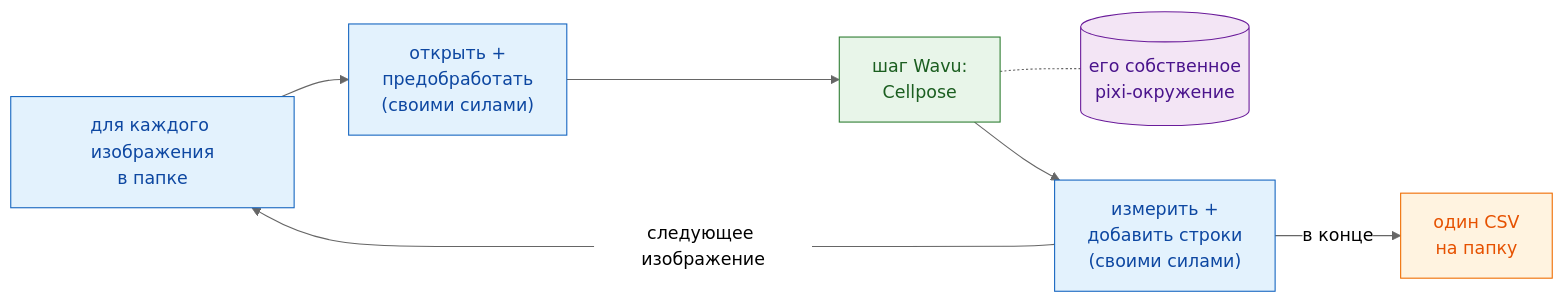
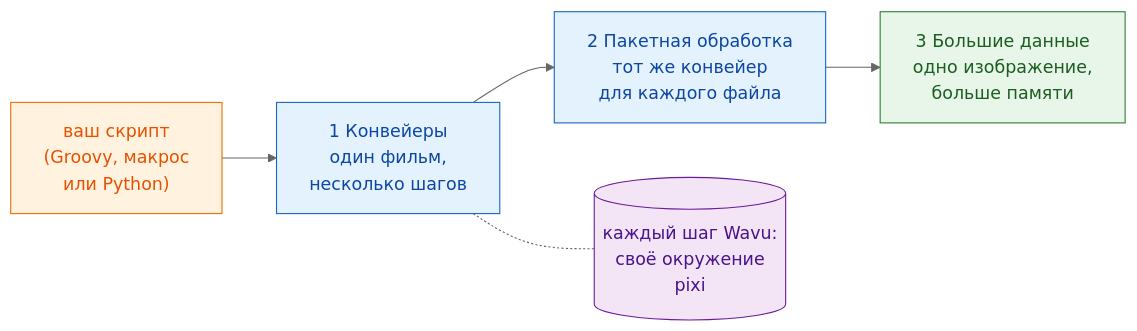
The diagram in guide/workflows/index.ru.md (Oxford-Zeiss-Centre-of-Excellence/Wavu), drawn with Mermaid (neutral theme) before and after one commit. The commit also changed other lines of this file and 104 other files, not shown here.

````diff
--- a/guide/workflows/index.ru.md
+++ b/guide/workflows/index.ru.md
@@ -30,18 +50,15 @@
 ```mermaid
 flowchart LR
-    L["для каждого изображения<br/>в папке"]:::fiji
-    O["открыть +<br/>предобработать<br/>(своими силами)"]:::fiji
-    W["шаг Wavu:<br/>Cellpose"]:::worker
-    E[("его собственное<br/>pixi-окружение")]:::env
-    M["измерить +<br/>добавить строки<br/>(своими силами)"]:::fiji
-    C["один CSV<br/>на папку"]:::script
-    L --> O --> W --> M
-    M -- "следующее изображение" --> L
-    W -.- E
-    M -- "в конце" --> C
+    S["ваш скрипт<br/>(Groovy, макрос<br/>или Python)"]:::script
+    P["1 Конвейеры<br/>один фильм,<br/>несколько шагов"]:::fiji
+    B["2 Пакетная обработка<br/>тот же конвейер<br/>для каждого файла"]:::fiji
+    L["3 Большие данные<br/>одно изображение,<br/>больше памяти"]:::worker
+    E[("каждый шаг Wavu:<br/>своё окружение<br/>pixi")]:::env
+    S --> P --> B --> L
+    P -.- E
 
     classDef fiji   fill:#e3f2fd,stroke:#1565c0,color:#0d47a1
     classDef worker fill:#e8f5e9,stroke:#2e7d32,color:#1b5e20
     classDef script fill:#fff3e0,stroke:#ef6c00,color:#e65100
     classDef env    fill:#f3e5f5,stroke:#6a1b9a,color:#4a148c
 ```
````
